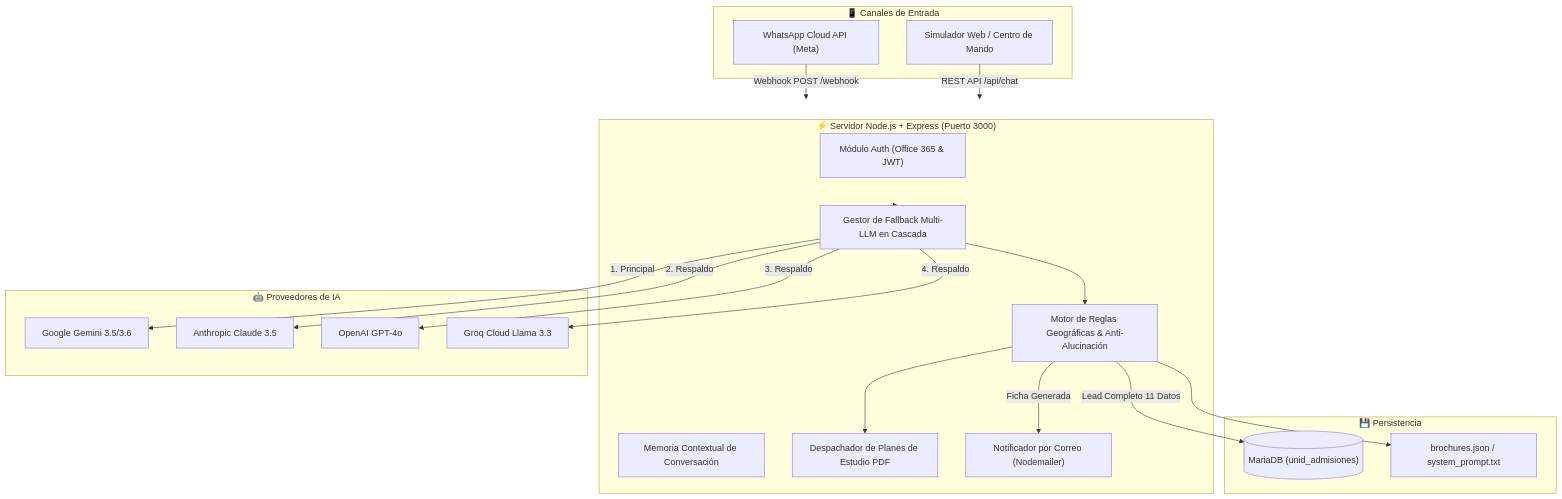
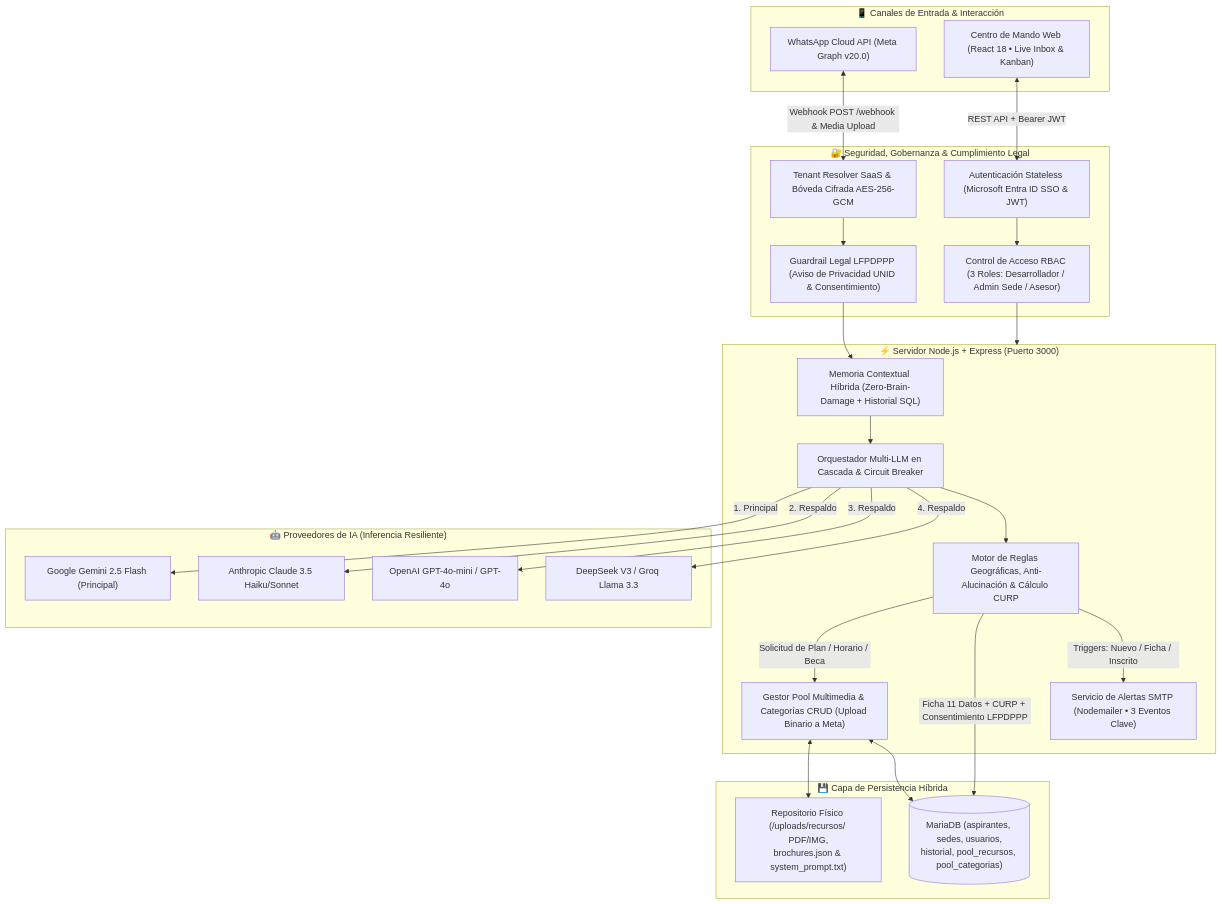
The diagram in README.md (Luso233/Metal-Uriel), drawn with Mermaid before and after one commit. The commit also changed other lines of this file and 6 other files, not shown here.

First line of the commit message:
feat(privacy, gemini): integrar aviso de privacidad UNID y estandarizar modelos de IA

````diff
--- a/README.md
+++ b/README.md
@@ -72,43 +72,54 @@
 ```mermaid
 flowchart TD
-    subgraph Aspirantes ["📱 Canales de Entrada"]
-        WA["WhatsApp Cloud API (Meta)"]
-        WEB["Simulador Web / Centro de Mando"]
+    subgraph Canales ["📱 Canales de Entrada & Interacción"]
+        WA["WhatsApp Cloud API (Meta Graph v20.0)"]
+        WEB["Centro de Mando Web (React 18 • Live Inbox & Kanban)"]
+    end
+
+    subgraph Seguridad ["🔐 Seguridad, Gobernanza & Cumplimiento Legal"]
+        AUTH["Autenticación Stateless (Microsoft Entra ID SSO & JWT)"]
+        RBAC["Control de Acceso RBAC (3 Roles: Desarrollador / Admin Sede / Asesor)"]
+        TENANT["Tenant Resolver SaaS & Bóveda Cifrada AES-256-GCM"]
+        LFPDPPP["Guardrail Legal LFPDPPP (Aviso de Privacidad UNID & Consentimiento)"]
     end
 
     subgraph Backend ["⚡ Servidor Node.js + Express (Puerto 3000)"]
-        AUTH["Módulo Auth (Office 365 & JWT)"]
-        CASCADE["Gestor de Fallback Multi-LLM en Cascada"]
-        MEM["Memoria Contextual de Conversación"]
-        GEO["Motor de Reglas Geográficas & Anti-Alucinación"]
-        BROCHURE["Despachador de Planes de Estudio PDF"]
-        MAIL["Notificador por Correo (Nodemailer)"]
+        MEM["Memoria Contextual Híbrida (Zero-Brain-Damage + Historial SQL)"]
+        CASCADE["Orquestador Multi-LLM en Cascada & Circuit Breaker"]
+        GEO["Motor de Reglas Geográficas, Anti-Alucinación & Cálculo CURP"]
+        POOL_MGR["Gestor Pool Multimedia & Categorías CRUD (Upload Binario a Meta)"]
+        MAIL["Servicio de Alertas SMTP (Nodemailer • 3 Eventos Clave)"]
     end
 
-    subgraph AI_Providers ["🤖 Proveedores de IA"]
-        GEMINI["Google Gemini 3.5/3.6"]
-        CLAUDE["Anthropic Claude 3.5"]
-        OPENAI["OpenAI GPT-4o"]
-        GROQ["Groq Cloud Llama 3.3"]
+    subgraph AI_Providers ["🤖 Proveedores de IA (Inferencia Resiliente)"]
+        GEMINI["Google Gemini 2.5 Flash (Principal)"]
+        CLAUDE["Anthropic Claude 3.5 Haiku/Sonnet"]
+        OPENAI["OpenAI GPT-4o-mini / GPT-4o"]
+        GROQ["DeepSeek V3 / Groq Llama 3.3"]
     end
 
-    subgraph Storage ["💾 Persistencia"]
-        MARIADB[("MariaDB (unid_admisiones)")]
-        JSON_FILES["brochures.json / system_prompt.txt"]
+    subgraph Storage ["💾 Capa de Persistencia Híbrida"]
+        MARIADB[("MariaDB (aspirantes, sedes, usuarios,\nhistorial, pool_recursos, pool_categorias)")]
+        FILES["Repositorio Físico (/uploads/recursos/ PDF/IMG,\nbrochures.json & system_prompt.txt)"]
     end
 
-    WA -->|Webhook POST /webhook| Backend
-    WEB -->|REST API /api/chat| Backend
+    WA <-->|Webhook POST /webhook & Media Upload| TENANT
+    WEB <-->|REST API + Bearer JWT| AUTH
+    AUTH --> RBAC
+    RBAC --> Backend
+    TENANT --> LFPDPPP
+    LFPDPPP --> MEM
+    MEM --> CASCADE
 
-    Backend --> CASCADE
     CASCADE -->|1. Principal| GEMINI
     CASCADE -->|2. Respaldo| CLAUDE
     CASCADE -->|3. Respaldo| OPENAI
     CASCADE -->|4. Respaldo| GROQ
 
     CASCADE --> GEO
-    GEO --> BROCHURE
-    GEO -->|Lead Completo 11 Datos| MARIADB
-    GEO -->|Ficha Generada| MAIL
-    GEO --> JSON_FILES
+    GEO -->|Solicitud de Plan / Horario / Beca| POOL_MGR
+    POOL_MGR <--> FILES
+    POOL_MGR <--> MARIADB
+    GEO -->|Ficha 11 Datos + CURP + Consentimiento LFPDPPP| MARIADB
+    GEO -->|Triggers: Nuevo / Ficha / Inscrito| MAIL
 ```
````
